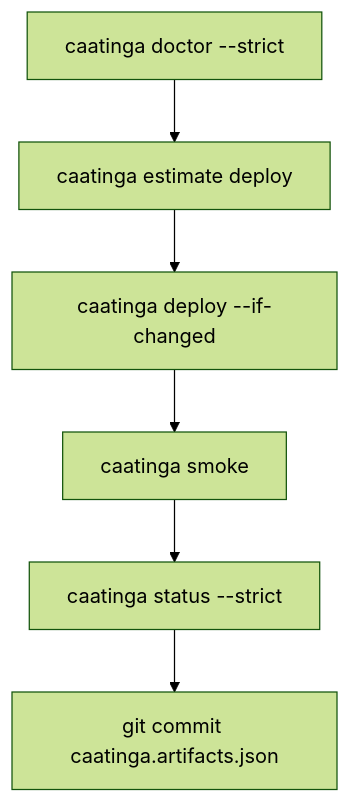
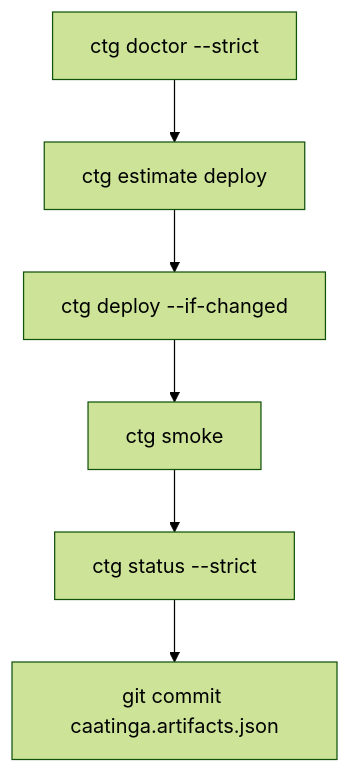
One commit to Dione-b/caatinga changed the diagram in docs/production-readiness.md. Above: the diagram before and after it, drawn with Mermaid (forest theme). The commit also changed other lines of this file and 142 other files, not shown here.

````diff
--- a/docs/production-readiness.md
+++ b/docs/production-readiness.md
@@ -61,15 +61,15 @@
 ```mermaid
 flowchart TD
-  doctor["caatinga doctor --strict"]
-  smoke["caatinga smoke"]
-  estimate["caatinga estimate deploy"]
-  deploy["caatinga deploy --if-changed"]
-  status["caatinga status --strict"]
+  doctor["ctg doctor --strict"]
+  smoke["ctg smoke"]
+  estimate["ctg estimate deploy"]
+  deploy["ctg deploy --if-changed"]
+  status["ctg status --strict"]
   commit["git commit caatinga.artifacts.json"]
 
   doctor --> estimate
   estimate --> deploy
   deploy --> smoke
   smoke --> status
   status --> commit
 ```
````
